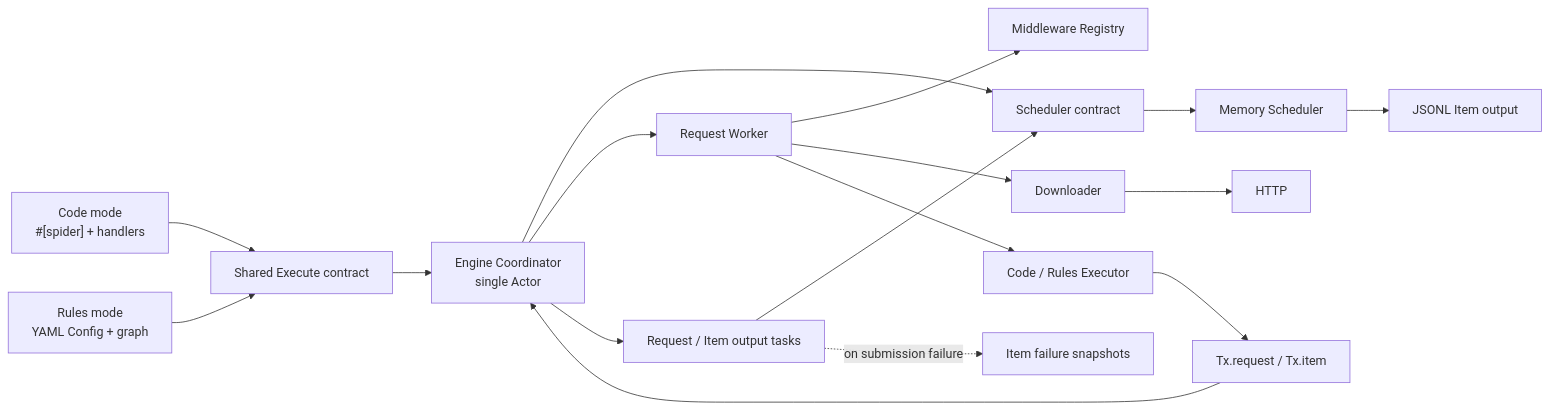
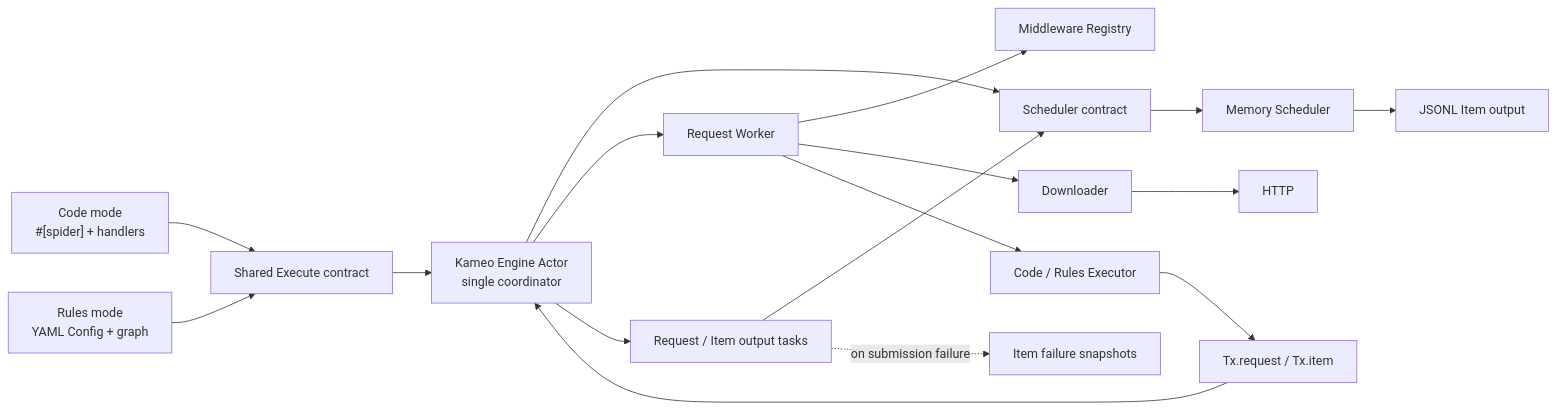
One commit to halo-space/crawler changed the first of 5 diagrams in docs/architecture.md. Above: the diagram before and after it, drawn with Mermaid. The commit also changed other lines of this file and 67 other files, not shown here.

````diff
--- a/docs/architecture.md
+++ b/docs/architecture.md
@@ -52,35 +52,35 @@
 ```mermaid
 flowchart LR
     C["Code mode<br/>#[spider] + handlers"]
     R["Rules mode<br/>YAML Config + graph"]
     X["Shared Execute contract"]
     T["Tx.request / Tx.item"]
-    A["Engine Coordinator<br/>single Actor"]
+    A["Kameo Engine Actor<br/>single coordinator"]
     S["Scheduler contract"]
     M["Memory Scheduler"]
     W["Request Worker"]
     MW["Middleware Registry"]
     D["Downloader"]
     H["HTTP"]
     E["Code / Rules Executor"]
     O["Request / Item output tasks"]
     P["JSONL Item output"]
     F["Item failure snapshots"]
 
     C --> X
     R --> X
     X --> A
     A --> S
     S --> M
     A --> W
     W --> MW
     W --> D
     D --> H
     W --> E
     E --> T
     T --> A
     A --> O
     O --> S
     M --> P
     O -. on submission failure .-> F
 ```
````
